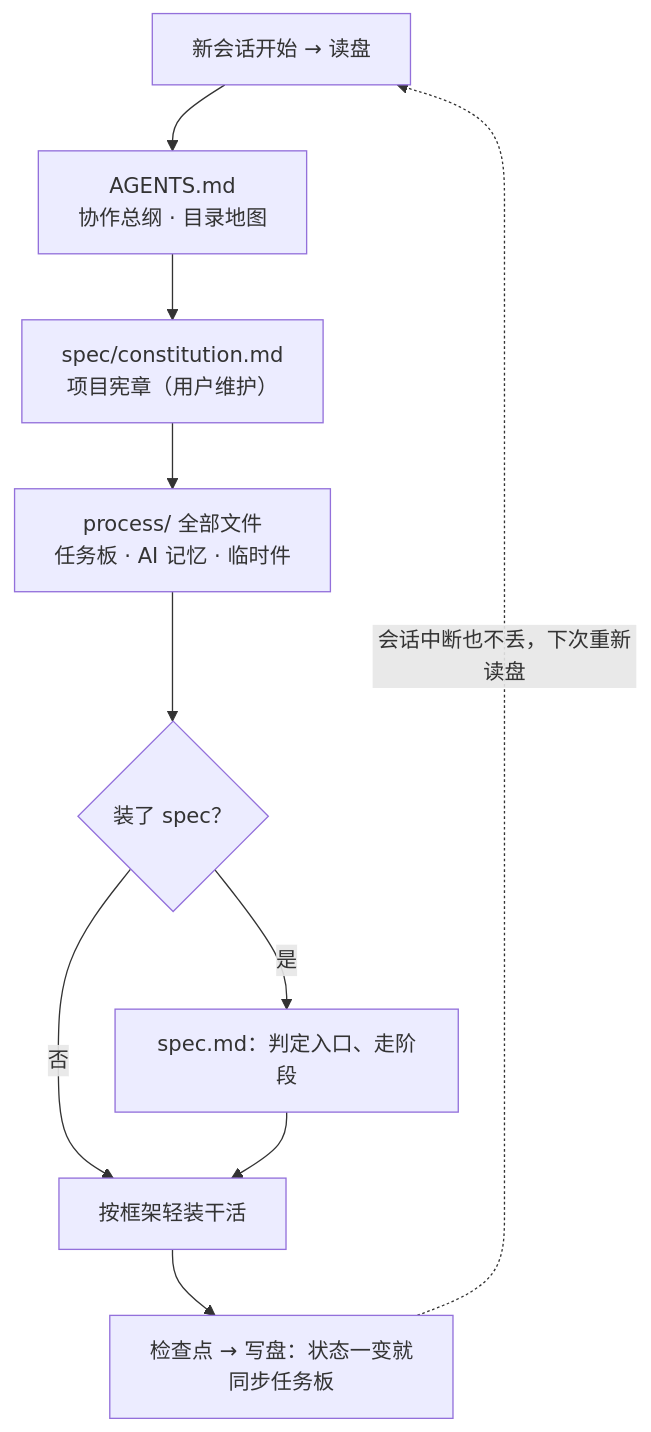
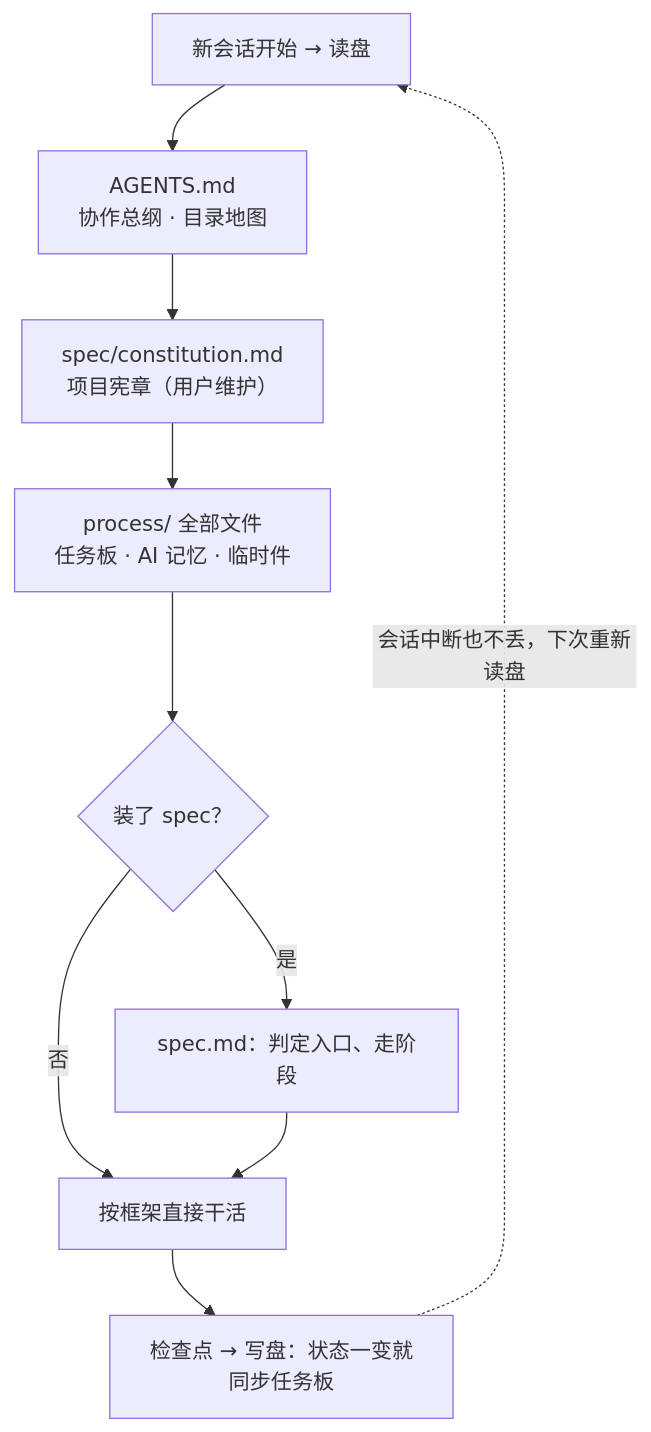
One commit to The-Daybreaker/project-spec changed the first of 2 diagrams in README.md. Above: the diagram before and after it, drawn with Mermaid. The commit also changed other lines of this file and 9 other files, not shown here.

````diff
--- a/README.md
+++ b/README.md
@@ -38,12 +39,12 @@
 ```mermaid
 flowchart TD
   S["新会话开始 → 读盘"] --> A["AGENTS.md<br/>协作总纲 · 目录地图"]
   A --> C["spec/constitution.md<br/>项目宪章（用户维护）"]
   C --> P["process/ 全部文件<br/>任务板 · AI 记忆 · 临时件"]
   P --> Q{"装了 spec？"}
   Q -- 是 --> F["spec.md：判定入口、走阶段"]
-  Q -- 否 --> W["按框架轻装干活"]
+  Q -- 否 --> W["按框架直接干活"]
   F --> W
   W --> CP["检查点 → 写盘：状态一变就同步任务板"]
   CP -. "会话中断也不丢，下次重新读盘" .-> S
 ```
````
